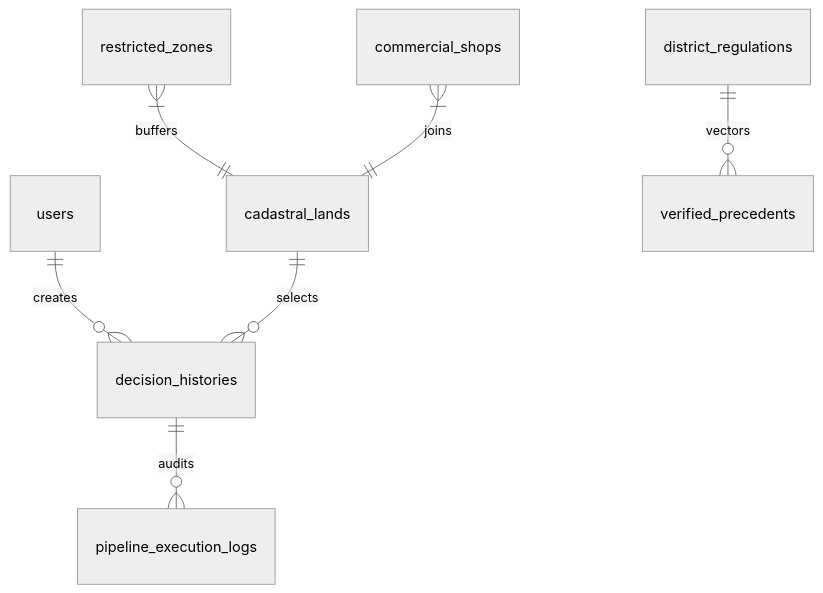
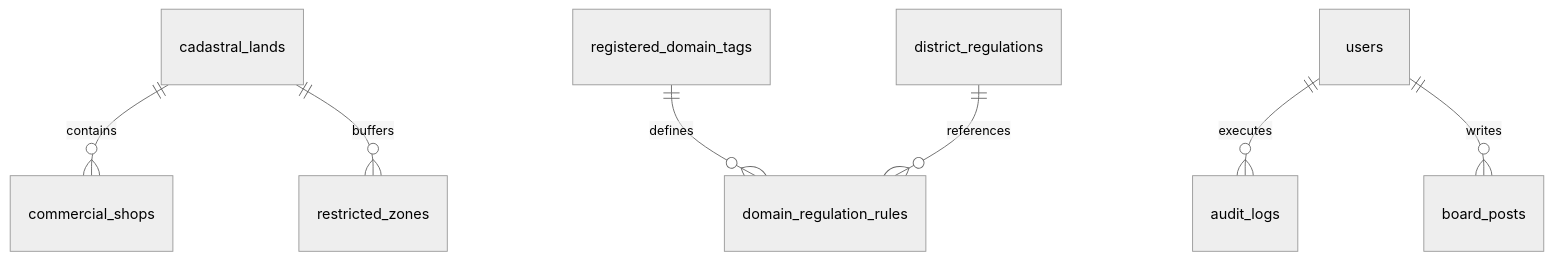
Before and after one commit to Jonghyeon-Bae/OmniSite: the third of 3 diagrams in README.md, drawn with Mermaid (neutral theme). The commit also changed other lines of this file, not shown here.

````diff
--- a/README.md
+++ b/README.md
@@ -123,9 +117,9 @@
 ```mermaid
 erDiagram
-    users ||--o{ decision_histories : creates
-    cadastral_lands ||--o{ decision_histories : selects
-    decision_histories ||--o{ pipeline_execution_logs : audits
-    restricted_zones }|--|| cadastral_lands : buffers
-    commercial_shops }|--|| cadastral_lands : joins
-    district_regulations ||--o{ verified_precedents : vectors
+    cadastral_lands ||--o{ commercial_shops : "contains"
+    cadastral_lands ||--o{ restricted_zones : "buffers"
+    registered_domain_tags ||--o{ domain_regulation_rules : "defines"
+    district_regulations ||--o{ domain_regulation_rules : "references"
+    users ||--o{ audit_logs : "executes"
+    users ||--o{ board_posts : "writes"
 ```
````
